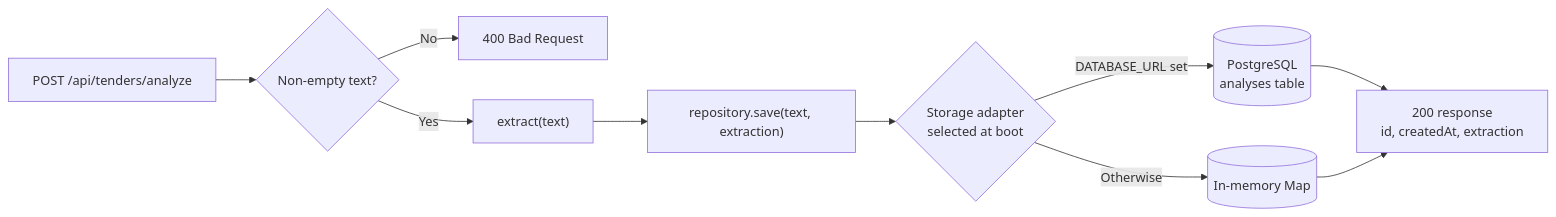
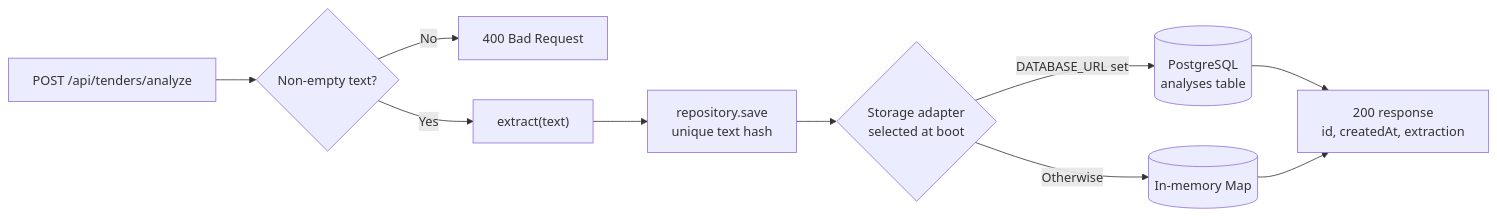
The diagram in README.md (azharnazli/backend-challenge-vantedge-bid), drawn with Mermaid before and after one commit. The commit also changed other lines of this file and 7 other files, not shown here.

First line of the commit message:
feat: deduplicate tender analyses by text hash

````diff
--- a/README.md
+++ b/README.md
@@ -21,12 +22,12 @@
 ```mermaid
 flowchart LR
   A["POST /api/tenders/analyze"] --> B{"Non-empty text?"}
   B -->|No| C["400 Bad Request"]
   B -->|Yes| D["extract(text)"]
-  D --> E["repository.save(text, extraction)"]
+  D --> E["repository.save<br/>unique text hash"]
   E --> F{"Storage adapter<br/>selected at boot"}
   F -->|DATABASE_URL set| G[("PostgreSQL<br/>analyses table")]
   F -->|Otherwise| H[("In-memory Map")]
   G --> I["200 response<br/>id, createdAt, extraction"]
   H --> I
 ```
````
